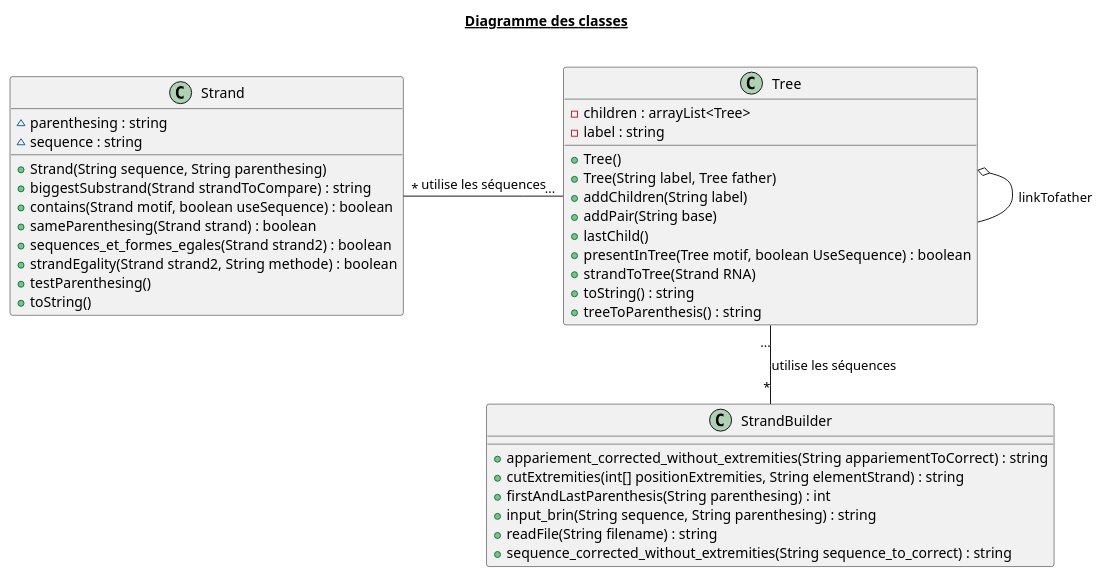
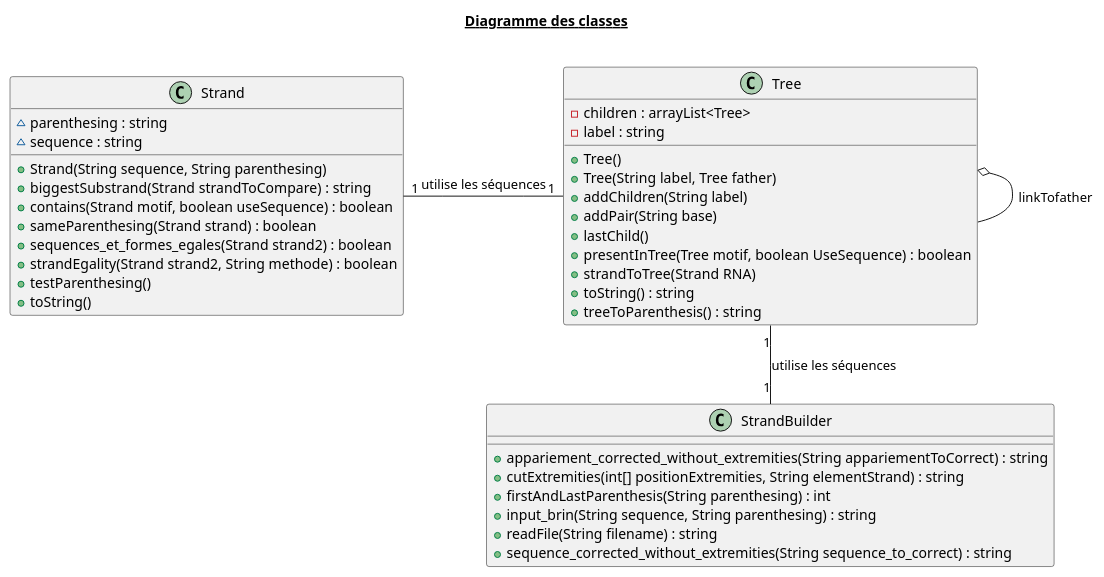
Before and after one commit to Sounbouh/ProjetProg: the diagram in src/src.plantuml, drawn with PlantUML.

Commit message:
update diagramme uml

```diff
--- a/src/src.plantuml
+++ b/src/src.plantuml
@@ -1,49 +1,49 @@
 @startuml
 
 title __Diagramme des classes__\n
 
     class Strand {
         ~ parenthesing : string
         ~ sequence : string
         + Strand(String sequence, String parenthesing)
         + biggestSubstrand(Strand strandToCompare) : string
         + contains(Strand motif, boolean useSequence) : boolean
         + sameParenthesing(Strand strand) : boolean
         + sequences_et_formes_egales(Strand strand2) : boolean
         + strandEgality(Strand strand2, String methode) : boolean
         + testParenthesing()
         + toString()
     }
   
 
     class StrandBuilder {
         + appariement_corrected_without_extremities(String appariementToCorrect) : string
         + cutExtremities(int[] positionExtremities, String elementStrand) : string
         + firstAndLastParenthesis(String parenthesing) : int
         + input_brin(String sequence, String parenthesing) : string
         + readFile(String filename) : string
         + sequence_corrected_without_extremities(String sequence_to_correct) : string
     }
 
 
     class Tree {
         - children : arrayList<Tree>
         - label : string
         + Tree()
         + Tree(String label, Tree father)
         + addChildren(String label)
         + addPair(String base)
         + lastChild()
         + presentInTree(Tree motif, boolean UseSequence) : boolean
         + strandToTree(Strand RNA)
         + toString() : string
         + treeToParenthesis() : string
     }
   
-  Tree "..."-down-"*" StrandBuilder : utilise les séquences
-  Strand "*"--right--- "..." Tree : utilise les séquences
+  Tree "1"-down-"1" StrandBuilder : utilise les séquences
+  Strand "1"--right--- "1" Tree : utilise les séquences
   Tree o- Tree : linkTofather
 
 
 
 @enduml
```
